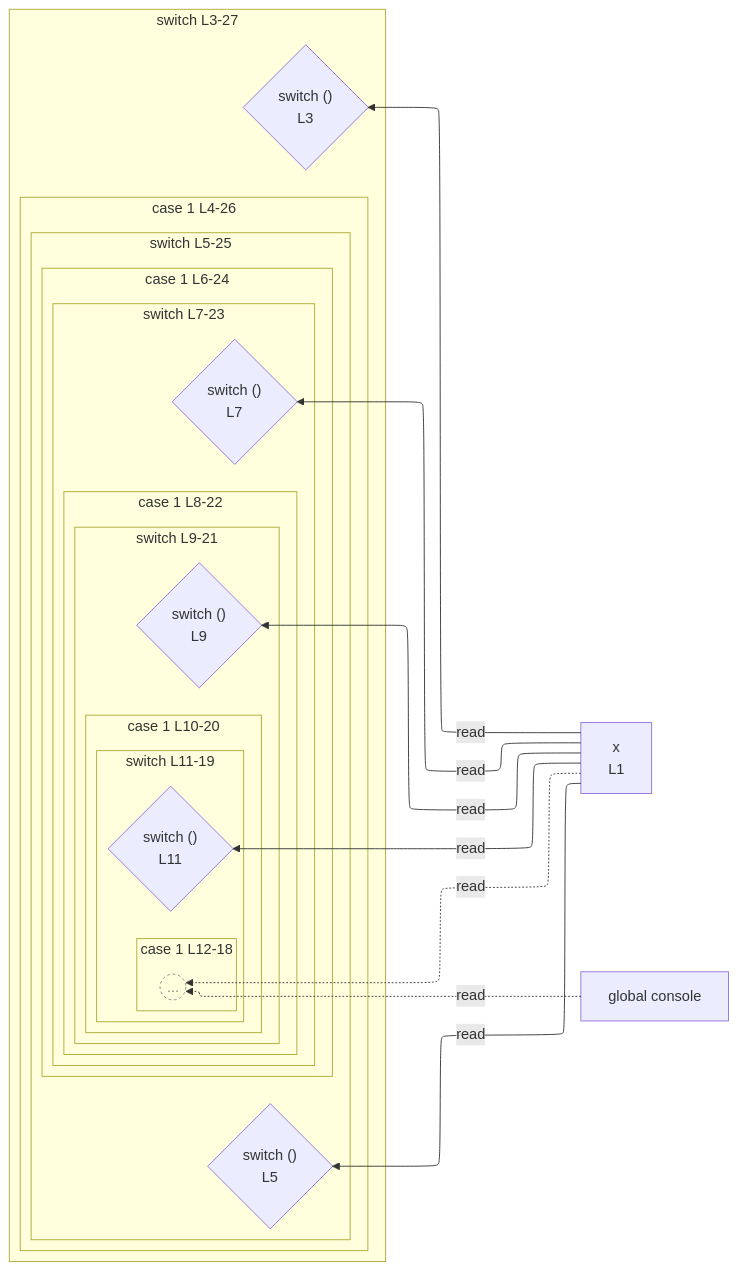
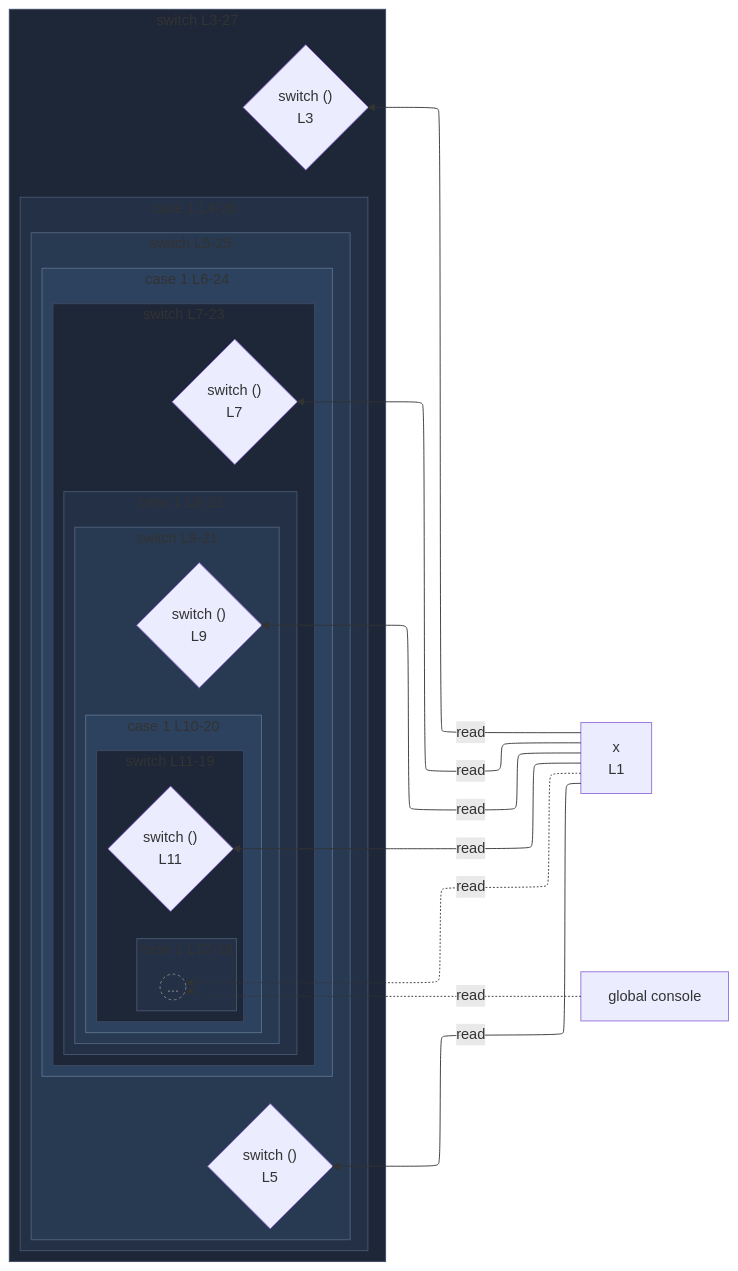
The diagram in integration/fixtures/app-behavior/depth/switch/depth-5/preview.md (crescware/unsnarl), drawn with Mermaid before and after one commit. The commit also changed 249 other files, not shown here.

First line of the commit message:
Color Mermaid subgraphs by nesting depth via theme palette

````diff
--- a/integration/fixtures/app-behavior/depth/switch/depth-5/preview.md
+++ b/integration/fixtures/app-behavior/depth/switch/depth-5/preview.md
@@ -43,51 +43,65 @@
 ```mermaid
 %%{init: {"flowchart": {"defaultRenderer": "elk"}}}%%
 flowchart RL
   n_scope_0_x_6["x<br/>L1"]
   n_scope_0_console_296["global console"]
   subgraph s_scope_1["switch L3-27"]
     direction RL
     switch_discriminant_scope_0_14{"switch ()<br/>L3"}
     subgraph s_scope_2["case 1 L4-26"]
       direction RL
       subgraph s_scope_3["switch L5-25"]
         direction RL
         switch_discriminant_scope_2_41{"switch ()<br/>L5"}
         subgraph s_scope_4["case 1 L6-24"]
           direction RL
           subgraph s_scope_5["switch L7-23"]
             direction RL
             switch_discriminant_scope_4_76{"switch ()<br/>L7"}
             subgraph s_scope_6["case 1 L8-22"]
               direction RL
               subgraph s_scope_7["switch L9-21"]
                 direction RL
                 switch_discriminant_scope_6_119{"switch ()<br/>L9"}
                 subgraph s_scope_8["case 1 L10-20"]
                   direction RL
                   subgraph s_scope_9["switch L11-19"]
                     direction RL
                     switch_discriminant_scope_8_170{"switch ()<br/>L11"}
                     subgraph s_scope_10["case 1 L12-18"]
                       direction RL
                       beyond_depth_s_scope_10((...))
                     end
                   end
                 end
               end
             end
           end
         end
       end
     end
   end
   n_scope_0_x_6 -->|read| switch_discriminant_scope_0_14
   n_scope_0_x_6 -->|read| switch_discriminant_scope_2_41
   n_scope_0_x_6 -->|read| switch_discriminant_scope_4_76
   n_scope_0_x_6 -->|read| switch_discriminant_scope_6_119
   n_scope_0_x_6 -->|read| switch_discriminant_scope_8_170
   n_scope_0_x_6 -.->|read| beyond_depth_s_scope_10
   n_scope_0_console_296 -.->|read| beyond_depth_s_scope_10
   classDef boundaryStub fill:transparent,stroke:#888,stroke-dasharray:3 3,color:#888;
   class beyond_depth_s_scope_10 boundaryStub;
+  classDef nestL1 fill:#1e2738,stroke:#3d4a63;
+  class s_scope_1 nestL1;
+  class s_scope_5 nestL1;
+  class s_scope_9 nestL1;
+  classDef nestL2 fill:#233045,stroke:#475670;
+  class s_scope_2 nestL2;
+  class s_scope_6 nestL2;
+  class s_scope_10 nestL2;
+  classDef nestL3 fill:#283952,stroke:#51637d;
+  class s_scope_3 nestL3;
+  class s_scope_7 nestL3;
+  classDef nestL4 fill:#2d425f,stroke:#5b708a;
+  class s_scope_4 nestL4;
+  class s_scope_8 nestL4;
 ```
````
